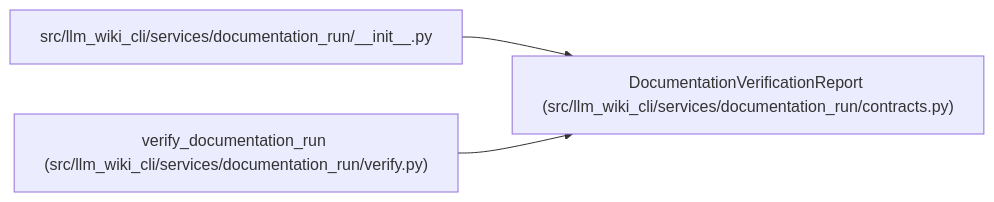
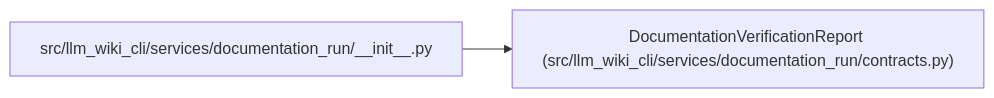
Before and after one commit to Denissvgn/python-wiki-llm: the diagram in docs/llm_wiki/entities/DocumentationVerificationReport.md, drawn with Mermaid. The commit also changed other lines of this file and 719 other files, not shown here.

````diff
--- a/docs/llm_wiki/entities/DocumentationVerificationReport.md
+++ b/docs/llm_wiki/entities/DocumentationVerificationReport.md
@@ -35,11 +35,8 @@
 ```mermaid
 flowchart LR
     n0["DocumentationVerificationReport (src/llm_wiki_cli/services/documentation_run/contracts.py)"]
     n1["src/llm_wiki_cli/services/documentation_run/__init__.py"]
-    n2["verify_documentation_run (src/llm_wiki_cli/services/documentation_run/verify.py)"]
     n1 --> n0
-    n2 --> n0
     click n0 "../modules/documentation_run_contracts.md"
     click n1 "../modules/documentation_run___init__.md"
-    click n2 "../modules/verify.md"
 ```
````
